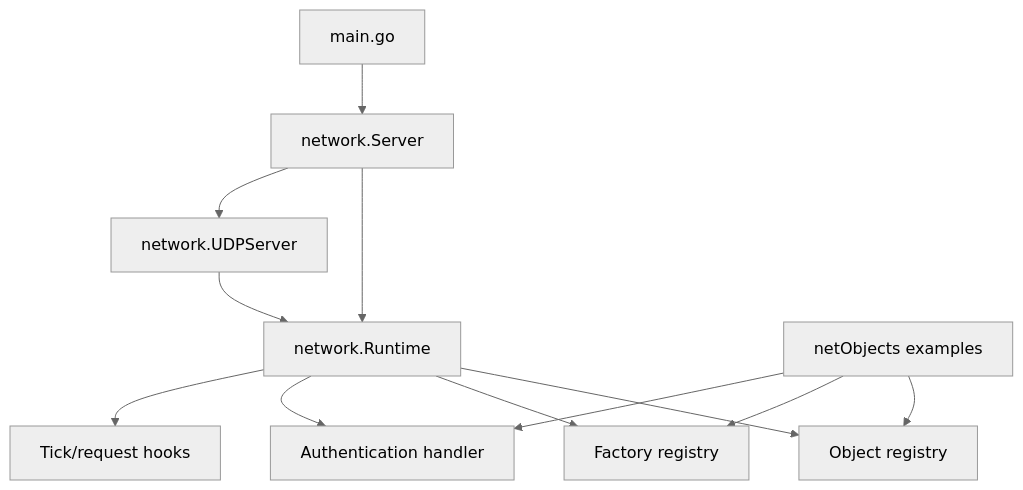
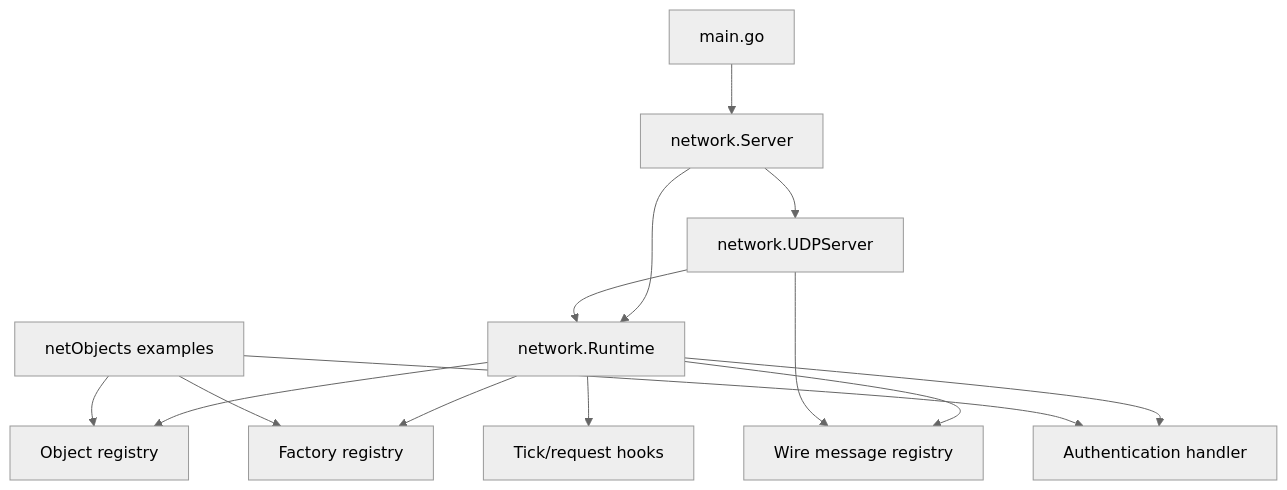
Before and after one commit to MihaelBLKN/Enserva: the first of 3 diagrams in documentation/docs/architecture.md, drawn with Mermaid (neutral theme). The commit also changed other lines of this file and 24 other files, not shown here.

First line of the commit message:
Added proper wire protocol with custom message registry, bits packets blah blah blah (still supports legacy json)

````diff
--- a/documentation/docs/architecture.md
+++ b/documentation/docs/architecture.md
@@ -25,14 +30,16 @@
 ```mermaid
 flowchart TD
     Main["main.go"] --> Server["network.Server"]
     Server --> Runtime["network.Runtime"]
     Server --> UDP["network.UDPServer"]
     UDP --> Runtime
     Runtime --> Registry["Object registry"]
     Runtime --> Factories["Factory registry"]
+    Runtime --> WireRegistry["Wire message registry"]
     Runtime --> Auth["Authentication handler"]
     Runtime --> Hooks["Tick/request hooks"]
+    UDP --> WireRegistry
     NetObjects["netObjects examples"] --> Registry
     NetObjects --> Factories
     NetObjects --> Auth
 ```
````
